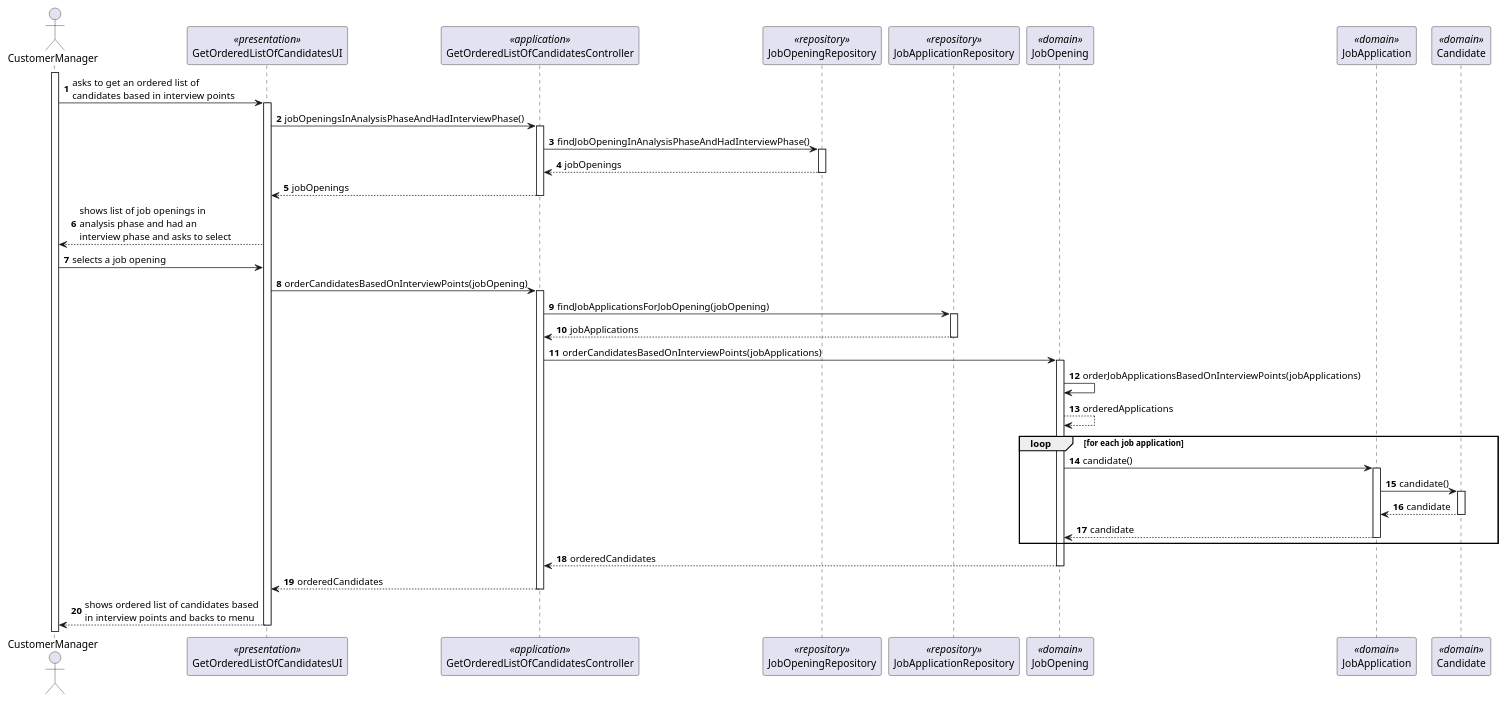
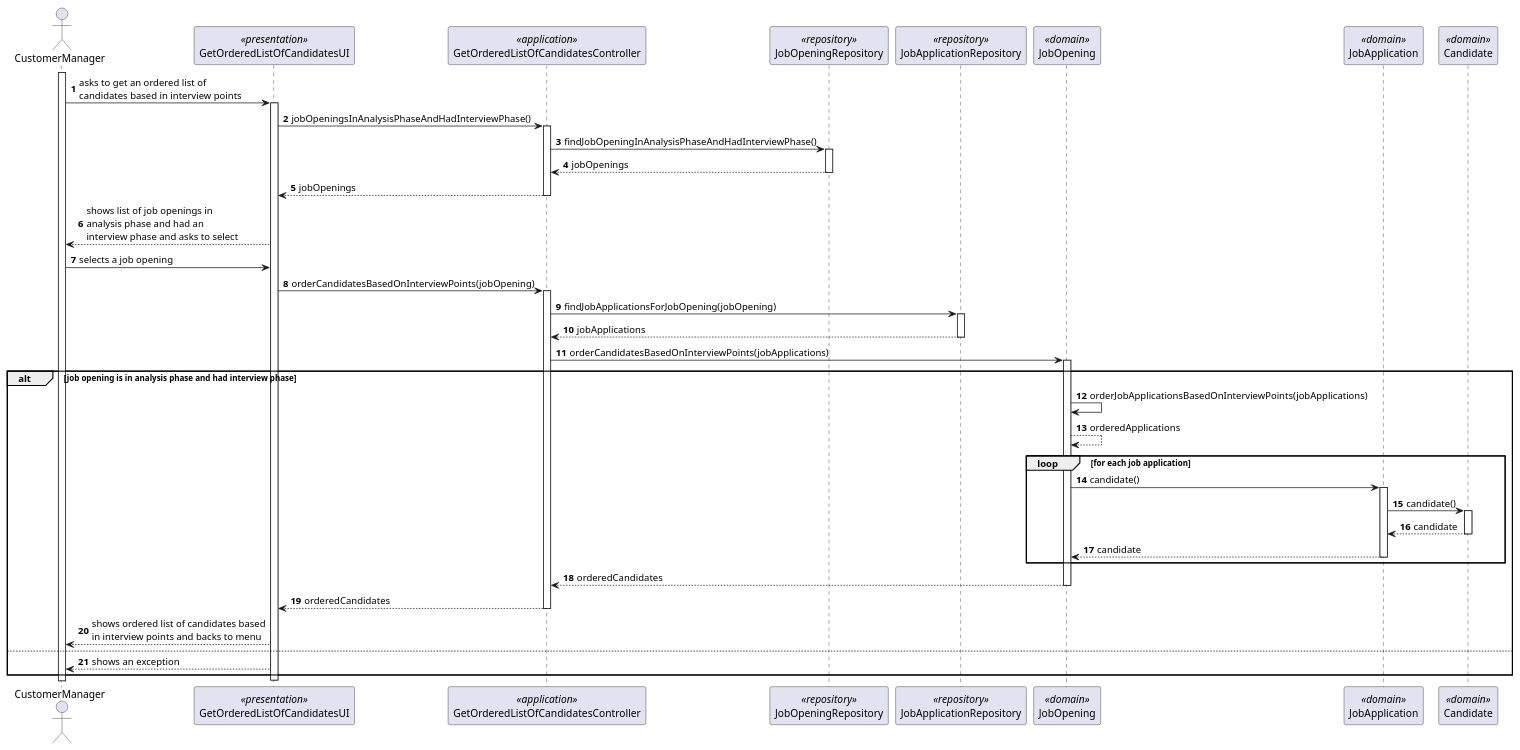
The diagram in docs/SprintC/us1019/SD/SD.puml (Rodrick0209/ISEP-SEM4PI-23-24), drawn with PlantUML before and after one commit. The commit also changed 1 other file, not shown here.

```diff
--- a/docs/SprintC/us1019/SD/SD.puml
+++ b/docs/SprintC/us1019/SD/SD.puml
@@ -1,60 +1,64 @@
 @startuml
 'https://plantuml.com/sequence-diagram
 
 autonumber
 
 actor CustomerManager
 participant GetOrderedListOfCandidatesUI <<presentation>>
 participant GetOrderedListOfCandidatesController <<application>>
 participant JobOpeningRepository <<repository>>
 participant JobApplicationRepository <<repository>>
 participant JobOpening <<domain>>
 participant JobApplication <<domain>>
 participant Candidate <<domain>>
 
 activate CustomerManager
 CustomerManager -> GetOrderedListOfCandidatesUI : asks to get an ordered list of\ncandidates based in interview points
 activate GetOrderedListOfCandidatesUI
 GetOrderedListOfCandidatesUI -> GetOrderedListOfCandidatesController : jobOpeningsInAnalysisPhaseAndHadInterviewPhase()
 activate GetOrderedListOfCandidatesController
 GetOrderedListOfCandidatesController -> JobOpeningRepository : findJobOpeningInAnalysisPhaseAndHadInterviewPhase()
 activate JobOpeningRepository
 JobOpeningRepository --> GetOrderedListOfCandidatesController : jobOpenings
 deactivate JobOpeningRepository
 GetOrderedListOfCandidatesController --> GetOrderedListOfCandidatesUI : jobOpenings
 deactivate GetOrderedListOfCandidatesController
 GetOrderedListOfCandidatesUI --> CustomerManager : shows list of job openings in \nanalysis phase and had an\ninterview phase and asks to select
 CustomerManager -> GetOrderedListOfCandidatesUI : selects a job opening
 GetOrderedListOfCandidatesUI -> GetOrderedListOfCandidatesController : orderCandidatesBasedOnInterviewPoints(jobOpening)
 activate GetOrderedListOfCandidatesController
 GetOrderedListOfCandidatesController -> JobApplicationRepository : findJobApplicationsForJobOpening(jobOpening)
 activate JobApplicationRepository
 JobApplicationRepository --> GetOrderedListOfCandidatesController : jobApplications
 deactivate JobApplicationRepository
 GetOrderedListOfCandidatesController -> JobOpening : orderCandidatesBasedOnInterviewPoints(jobApplications)
 activate JobOpening
+alt job opening is in analysis phase and had interview phase
 JobOpening -> JobOpening : orderJobApplicationsBasedOnInterviewPoints(jobApplications)
 JobOpening --> JobOpening : orderedApplications
 loop for each job application
 JobOpening -> JobApplication : candidate()
 activate JobApplication
 JobApplication -> Candidate : candidate()
 activate Candidate
 Candidate --> JobApplication : candidate
 deactivate Candidate
 JobApplication --> JobOpening : candidate
 deactivate JobApplication
 end loop
 JobOpening --> GetOrderedListOfCandidatesController : orderedCandidates
 deactivate JobOpening
 GetOrderedListOfCandidatesController --> GetOrderedListOfCandidatesUI : orderedCandidates
 deactivate GetOrderedListOfCandidatesController
 
 
 
 deactivate JobApplicationRepository
 
 GetOrderedListOfCandidatesUI --> CustomerManager : shows ordered list of candidates based\nin interview points and backs to menu
+else
+GetOrderedListOfCandidatesUI --> CustomerManager : shows an exception
+end alt
 deactivate GetOrderedListOfCandidatesUI
 
 @enduml
```
